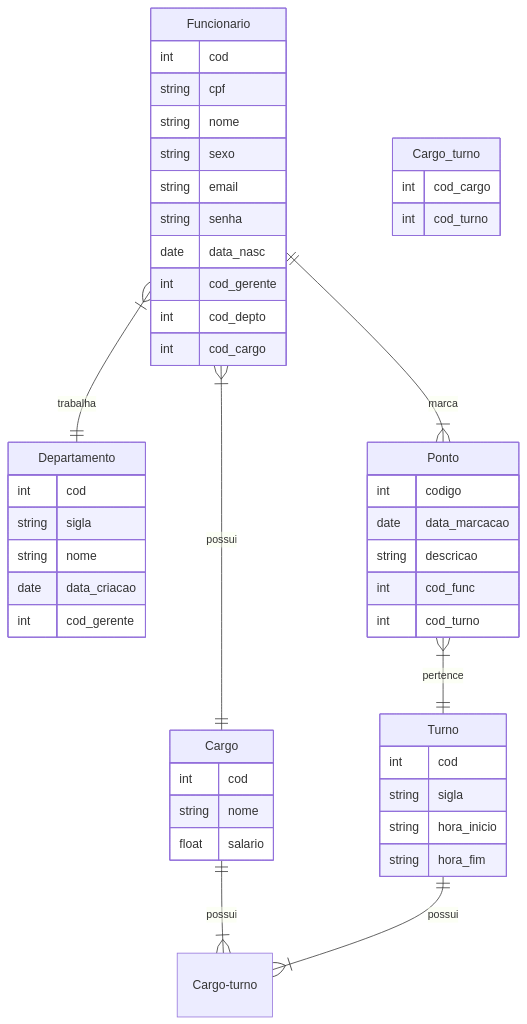
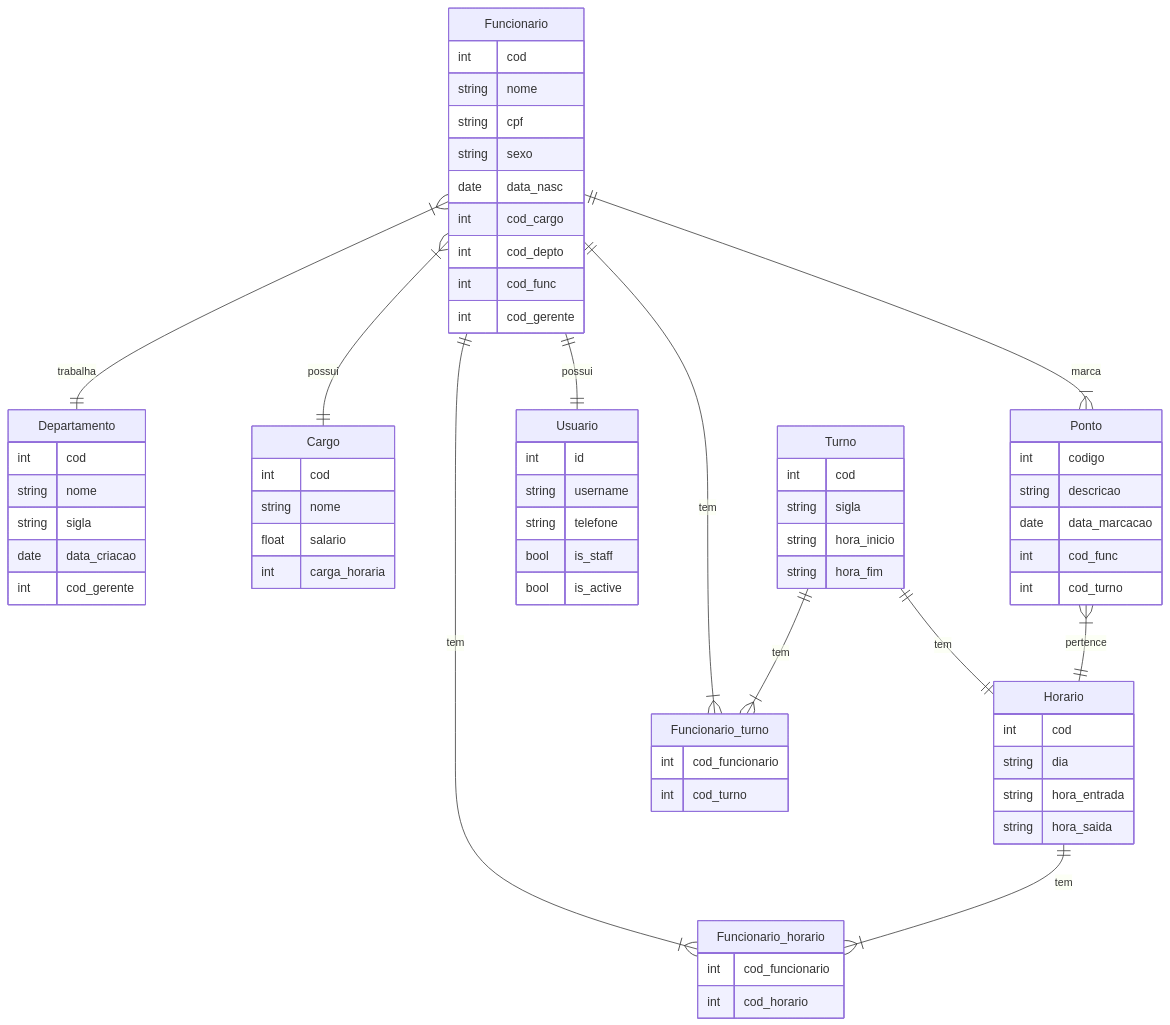
The diagram in docs/documento_apf.md (Brunowcst/sistemadecontroledepontos), drawn with Mermaid before and after one commit.

Commit message:
updated mermaid diagram #54

````diff
--- a/docs/documento_apf.md
+++ b/docs/documento_apf.md
@@ -20,51 +20,72 @@
 ```mermaid
 erDiagram
     Funcionario }|--|| Departamento : trabalha
     Funcionario }|--|| Cargo : possui
     Funcionario ||--|{ Ponto: marca
-    Ponto }|--|| Turno : pertence
-    Cargo ||--|{ Cargo-turno: possui
-    Turno ||--|{ Cargo-turno: possui
-
+    Funcionario ||--|{ Funcionario_horario: tem
+    Horario ||--|{ Funcionario_horario: tem
+    Funcionario ||--|{ Funcionario_turno: tem
+    Funcionario ||--|| Usuario: possui
+    Turno ||--|| Horario: tem
+    Turno ||--|{ Funcionario_turno: tem
+    Ponto }|--|| Horario : pertence
+    
     Funcionario {
         int cod
+        string nome
         string cpf
-        string nome
         string sexo
-        string email
-        string senha
         date data_nasc
+        int cod_cargo     
+        int cod_depto 
+        int cod_func
         int cod_gerente
-        int cod_depto 
-        int cod_cargo     
     }
     Departamento {
         int cod
+        string nome
         string sigla
-        string nome
         date data_criacao
         int cod_gerente
     }
     Ponto {
         int codigo
+        string descricao
         date data_marcacao
-        string descricao
         int cod_func
         int cod_turno
     }
     Cargo {
         int cod
         string nome
         float salario
+        int carga_horaria
     }
     Turno {
         int cod
         string sigla
         string hora_inicio
         string hora_fim
     }
-    Cargo_turno {
-        int cod_cargo
+    Funcionario_turno {
+        int cod_funcionario
         int cod_turno
     }
+    Horario{
+        int cod
+        string dia
+        string hora_entrada
+        string hora_saida
+    }
+    Funcionario_horario {
+        int cod_funcionario
+        int cod_horario
+    }
+    Usuario{
+        int id
+        string username
+        string telefone
+        bool is_staff
+        bool is_active
+    }
 ```
````
